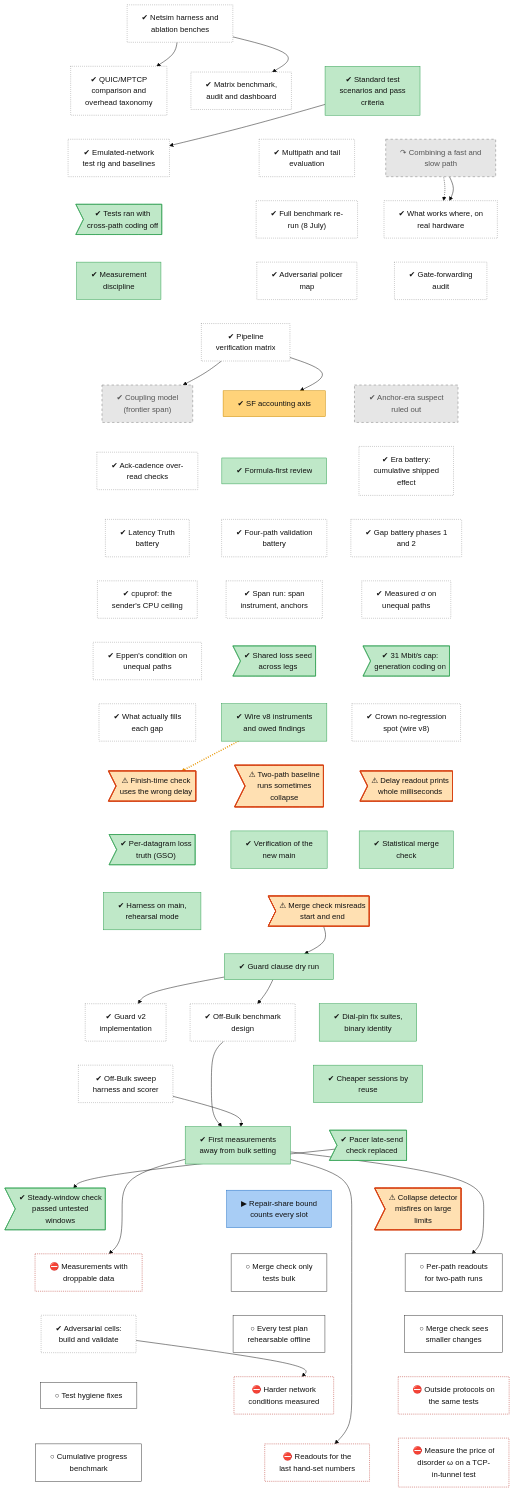
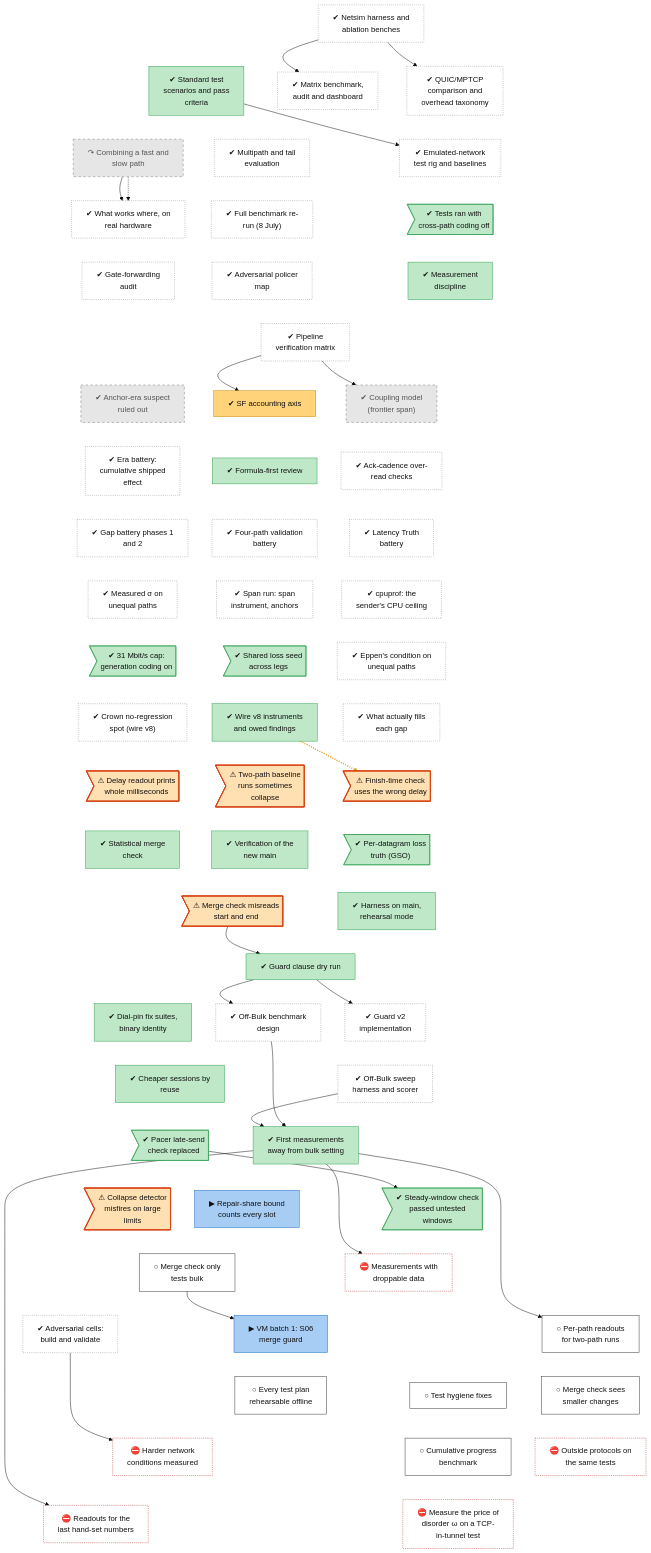
The diagram in docs/roadmap/tracks/meas.md (lhns/raptorpath), drawn with Mermaid (base theme) before and after one commit. The commit also changed other lines of this file and 5 other files, not shown here.

Commit message:
roadmap: VM batch 1 node (harness67c review round, vmb-s2 manifest fix), ADR-0084 guard node (Fable review, revision round), offline simulation stage 2 plan, disorder-price harness on a branch

````diff
--- a/docs/roadmap/tracks/meas.md
+++ b/docs/roadmap/tracks/meas.md
@@ -62,6 +62,7 @@
     meas_defect_cr61_large_pool>"⚠ Collapse detector<br/>misfires on large<br/>limits"]
     meas_s51b_rho["⛔ Measurements with<br/>droppable data"]
     meas_guard_bulk_blind["○ Merge check only<br/>tests bulk"]
+    meas_vm_batch_1["▶ VM batch 1: S06<br/>merge guard"]
     meas_s51_c8_gauges["○ Per-path readouts<br/>for two-path runs"]
     meas_adversarial_cells_build["✔ Adversarial cells:<br/>build and validate"]
     meas_harness_robustness["○ Every test plan<br/>rehearsable offline"]
@@ -129,9 +130,11 @@
     meas_blocke_pacing_gate ~~~ meas_defect_cr61_large_pool
     meas_blocke_steady_rule ~~~ meas_s51b_rho
     meas_w1_bracket_fix ~~~ meas_guard_bulk_blind
-    meas_defect_cr61_large_pool ~~~ meas_s51_c8_gauges
-    meas_s51b_rho ~~~ meas_adversarial_cells_build
-    meas_guard_bulk_blind ~~~ meas_harness_robustness
+    meas_defect_cr61_large_pool ~~~ meas_guard_bulk_blind
+    meas_s51b_rho ~~~ meas_vm_batch_1
+    meas_guard_bulk_blind ~~~ meas_s51_c8_gauges
+    meas_guard_bulk_blind ~~~ meas_adversarial_cells_build
+    meas_vm_batch_1 ~~~ meas_harness_robustness
     meas_s51_c8_gauges ~~~ meas_guard_resolution
     meas_adversarial_cells_build ~~~ meas_test_hygiene
     meas_harness_robustness ~~~ meas_adversarial_cells_run
@@ -139,6 +142,7 @@
     meas_test_hygiene ~~~ meas_progress_baseline
     meas_adversarial_cells_run ~~~ meas_fix_gauges_p3
     meas_competitor_battery ~~~ meas_disorder_price
+    meas_progress_baseline ~~~ meas_disorder_price
     meas_l0_sim_bench --> meas_transport_comparison
     meas_l0_sim_bench --> meas_matrix_bench
     meas_adr51_scenarios --> meas_l1_harness
@@ -154,10 +158,11 @@
     meas_s51_harness --> meas_s51_session
     meas_blocke_pacing_gate --> meas_blocke_steady_rule
     meas_s51_session --> meas_s51b_rho
+    meas_guard_bulk_blind --> meas_vm_batch_1
     meas_s51_session --> meas_s51_c8_gauges
     meas_adversarial_cells_build --> meas_adversarial_cells_run
     meas_s51_session --> meas_fix_gauges_p3
-    linkStyle 74 stroke:#e69500,stroke-width:3px,stroke-dasharray:2 3
+    linkStyle 77 stroke:#e69500,stroke-width:3px,stroke-dasharray:2 3
     classDef vsucc fill:#2e9e4f,stroke:#1b6b34,color:#fff
     classDef succ fill:#bfe8c8,stroke:#2e9e4f,color:#111
     classDef mixed fill:#ffd37a,stroke:#c98a00,color:#111
@@ -177,7 +182,7 @@
     class meas_c8_aggregation_arc,meas_coupling_model,meas_anchor_era_suspect dead
     class meas_sf_accounting mixed
     class meas_defect_eta_witness,meas_defect_c8_bimodal,meas_defect_diag_rtp_ms,meas_defect_rtp_floor,meas_defect_cr61_large_pool finding
-    class meas_w1_bracket_fix inprog
+    class meas_w1_bracket_fix,meas_vm_batch_1 inprog
     class meas_s51b_rho,meas_adversarial_cells_run,meas_competitor_battery,meas_fix_gauges_p3,meas_disorder_price blocked
     class meas_guard_bulk_blind,meas_s51_c8_gauges,meas_harness_robustness,meas_guard_resolution,meas_test_hygiene,meas_progress_baseline next
 ```
````
